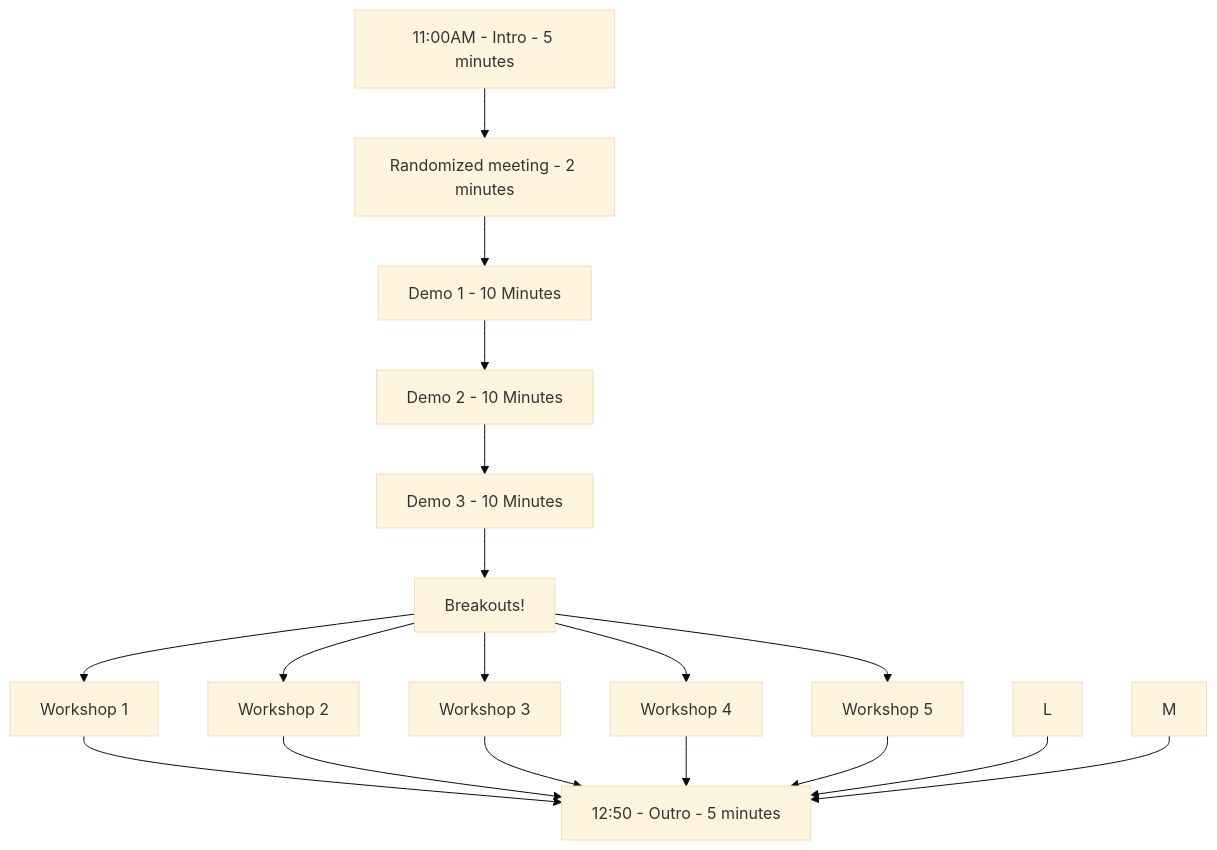
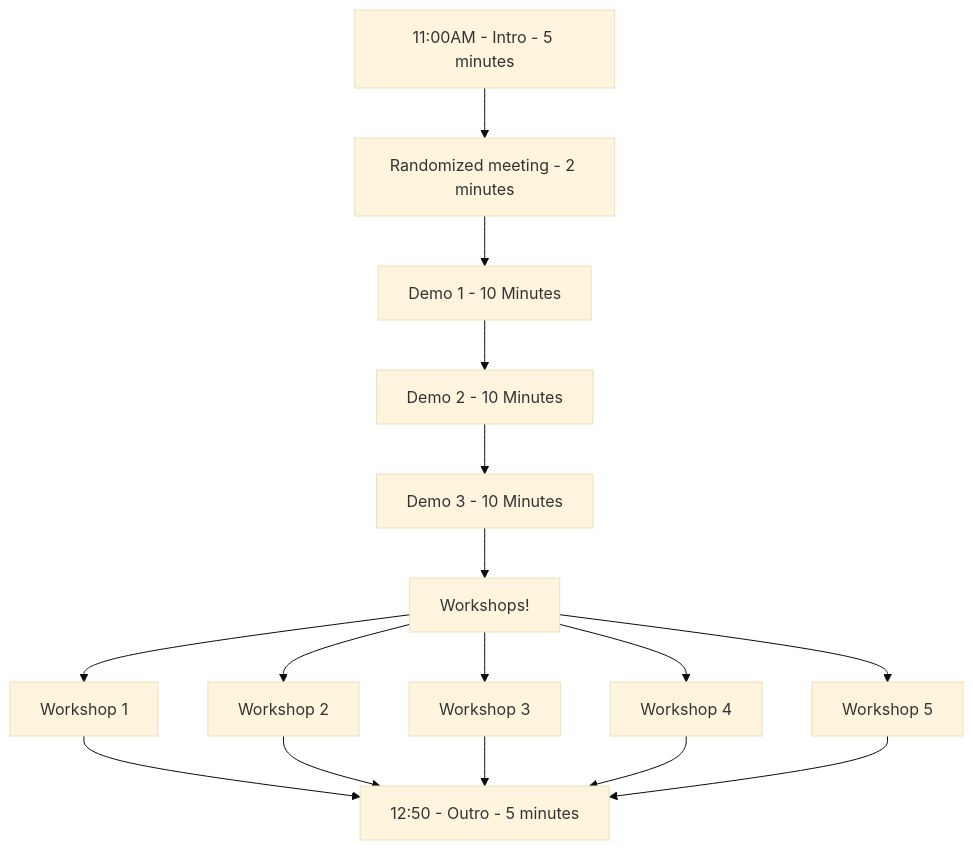
The diagram in Structure.md (Brale-xyz/dayzero), drawn with Mermaid (base theme) before and after one commit.

````diff
--- a/Structure.md
+++ b/Structure.md
@@ -1,16 +1,16 @@
 ```mermaid
 graph TD
     A[11:00AM - Intro - 5 minutes] --> B[Randomized meeting - 2 minutes]
     B --> C[Demo 1 - 10 Minutes]
     C --> D[Demo 2 - 10 Minutes]
     D --> E[Demo 3 - 10 Minutes]
-    E --> F[Breakouts!]
+    E --> F[Workshops!]
     
     F --> G[Workshop 1]
     F --> H[Workshop 2]
     F --> I[Workshop 3]
     F --> J[Workshop 4]
     F --> K[Workshop 5]
     
-    G & H & I & J & K & L & M --> N[12:50 - Outro - 5 minutes]
+    G & H & I & J & K --> N[12:50 - Outro - 5 minutes]
 ```
````
